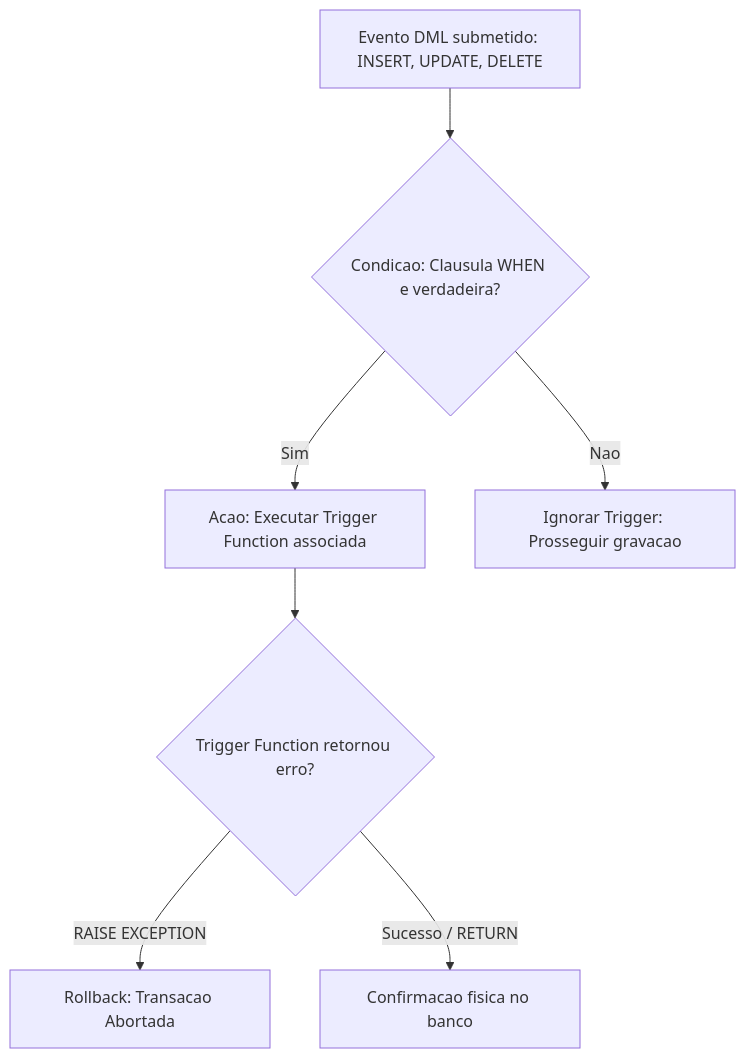
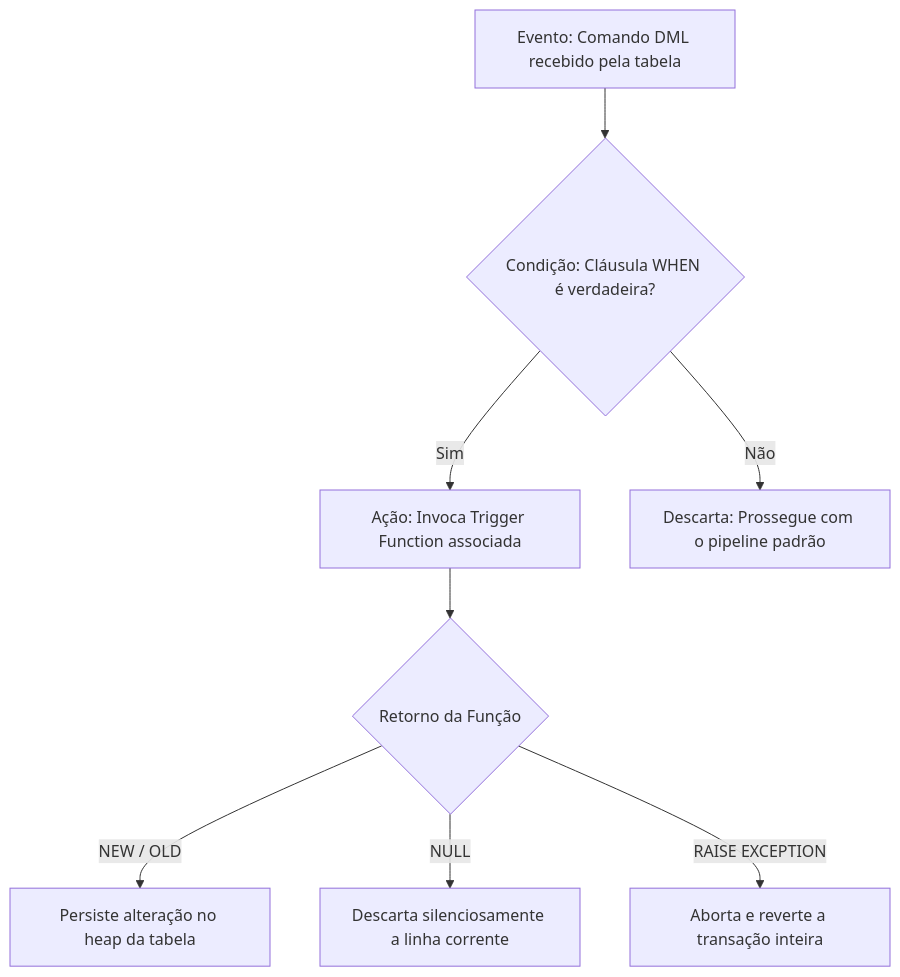
Before and after one commit to murilolol/unifef: the eighth of 10 diagrams in 4º Semestre/[Prof. Welington Garcia] Tópicos Avançados em Banco de Dados/Resumos-IA/Caderno-Consolidado.md, drawn with Mermaid. The commit also changed other lines of this file and 18 other files, not shown here.

````diff
--- a/4º Semestre/[Prof. Welington Garcia] Tópicos Avançados em Banco de Dados/Resumos-IA/Caderno-Consolidado.md
+++ b/4º Semestre/[Prof. Welington Garcia] Tópicos Avançados em Banco de Dados/Resumos-IA/Caderno-Consolidado.md
@@ -1028,9 +630,10 @@
 ```mermaid
 flowchart TD
-  Event["Evento DML submetido: INSERT, UPDATE, DELETE"] --> Cond{"Condicao: Clausula WHEN e verdadeira?"}
-  Cond -- Sim --> Action["Acao: Executar Trigger Function associada"]
-  Cond -- Nao --> Bypass["Ignorar Trigger: Prosseguir gravacao"]
-  Action --> Decision{"Trigger Function retornou erro?"}
-  Decision -- RAISE EXCEPTION --> Abort["Rollback: Transacao Abortada"]
-  Decision -- Sucesso / RETURN --> Commit["Confirmacao fisica no banco"]
+    E["Evento: Comando DML recebido pela tabela"] --> C{"Condição: Cláusula WHEN é verdadeira?"}
+    C -- "Sim" --> A["Ação: Invoca Trigger Function associada"]
+    C -- "Não" --> D["Descarta: Prossegue com o pipeline padrão"]
+    A --> Ret{"Retorno da Função"}
+    Ret -- "NEW / OLD" --> Persist["Persiste alteração no heap da tabela"]
+    Ret -- "NULL" --> Discard["Descarta silenciosamente a linha corrente"]
+    Ret -- "RAISE EXCEPTION" --> Abort["Aborta e reverte a transação inteira"]
 ```
````
